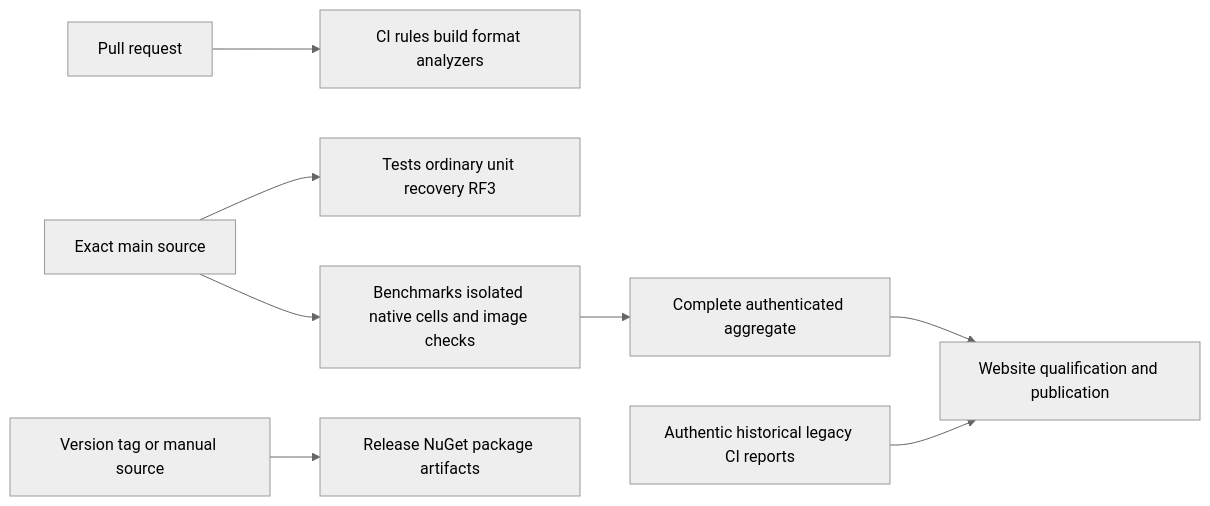
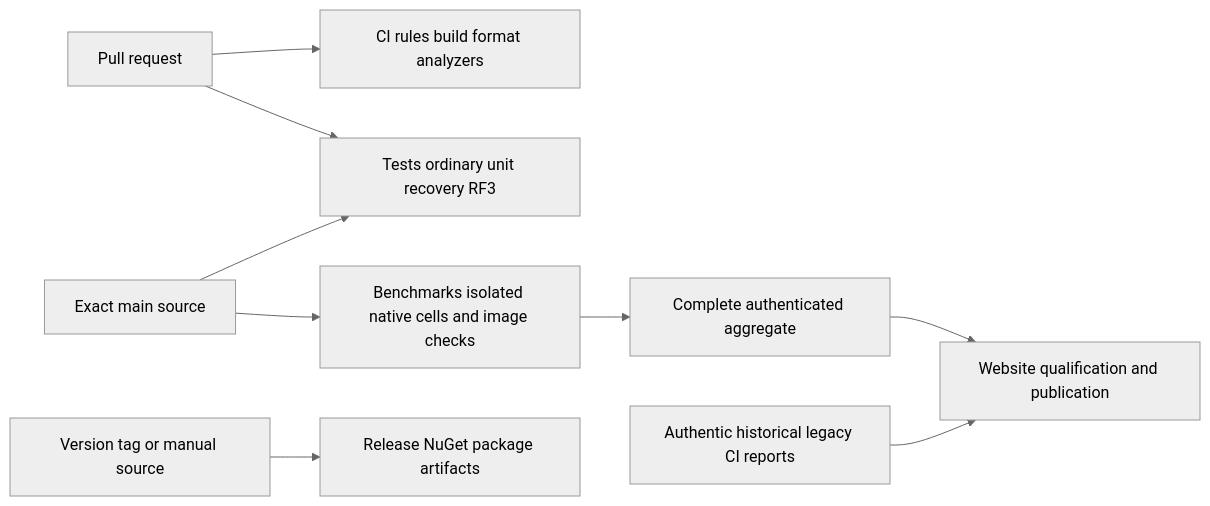
Before and after one commit to managedcode/KeyLoad: the diagram in docs/ADR/ADR-062-workflow-separation.md, drawn with Mermaid (neutral theme). The commit also changed other lines of this file and 7 other files, not shown here.

````diff
--- a/docs/ADR/ADR-062-workflow-separation.md
+++ b/docs/ADR/ADR-062-workflow-separation.md
@@ -16,10 +16,11 @@
 ```mermaid
 flowchart LR
     PR[Pull request] --> CI[CI rules build format analyzers]
+    PR --> Tests[Tests ordinary unit recovery RF3]
     Main[Exact main source] --> Tests[Tests ordinary unit recovery RF3]
     Main --> Benchmarks[Benchmarks isolated native cells and image checks]
     Tag[Version tag or manual source] --> Release[Release NuGet package artifacts]
     Benchmarks --> Aggregate[Complete authenticated aggregate]
     Aggregate --> Website[Website qualification and publication]
     History[Authentic historical legacy CI reports] --> Website
 ```
````
